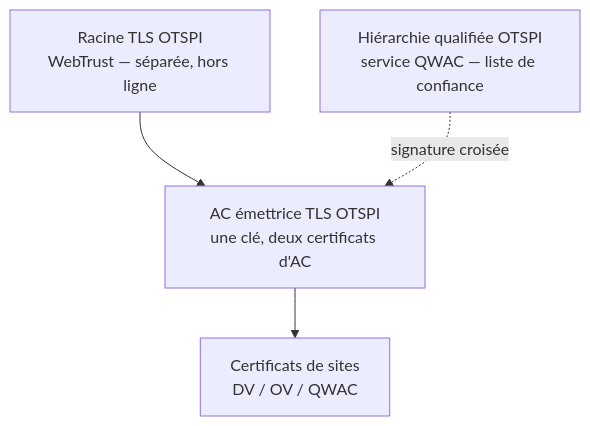
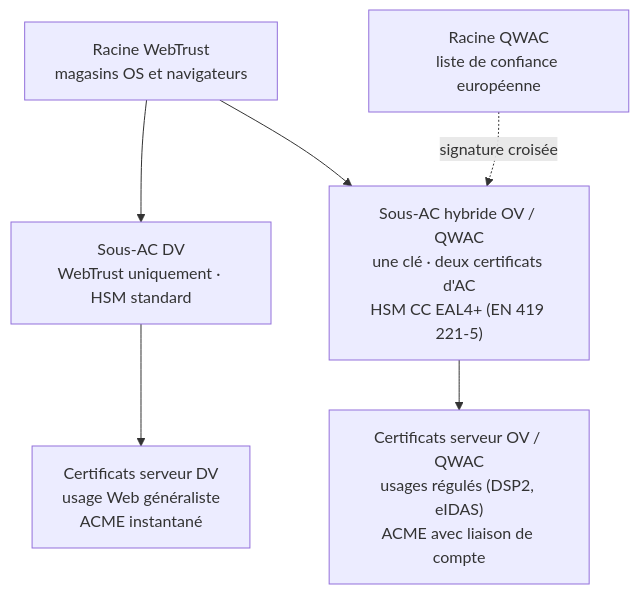
The second of 2 diagrams in docs/livre-blanc/index.md (open-eidas/organisation), drawn with Mermaid before and after one commit. The commit also changed other lines of this file and 2 other files, not shown here.

First line of the commit message:
docs: association en cours de constitution et architecture PKI TLS à deux branches

````diff
--- a/docs/livre-blanc/index.md
+++ b/docs/livre-blanc/index.md
@@ -391,10 +391,14 @@
 ```mermaid
 flowchart TD
-    RW["Racine TLS OTSPI<br/>WebTrust — séparée, hors ligne"]
-    RQ["Hiérarchie qualifiée OTSPI<br/>service QWAC — liste de confiance"]
-    CA["AC émettrice TLS OTSPI<br/>une clé, deux certificats d'AC"]
-    EE["Certificats de sites<br/>DV / OV / QWAC"]
-    RW --> CA
-    RQ -. signature croisée .-> CA
-    CA --> EE
+    RW["Racine WebTrust<br/>magasins OS et navigateurs"]
+    RQ["Racine QWAC<br/>liste de confiance européenne"]
+    DV["Sous-AC DV<br/>WebTrust uniquement · HSM standard"]
+    HY["Sous-AC hybride OV / QWAC<br/>une clé · deux certificats d'AC<br/>HSM CC EAL4+ (EN 419 221-5)"]
+    CDV["Certificats serveur DV<br/>usage Web généraliste<br/>ACME instantané"]
+    COV["Certificats serveur OV / QWAC<br/>usages régulés (DSP2, eIDAS)<br/>ACME avec liaison de compte"]
+    RW --> DV
+    RW --> HY
+    RQ -. signature croisée .-> HY
+    DV --> CDV
+    HY --> COV
 ```
````
